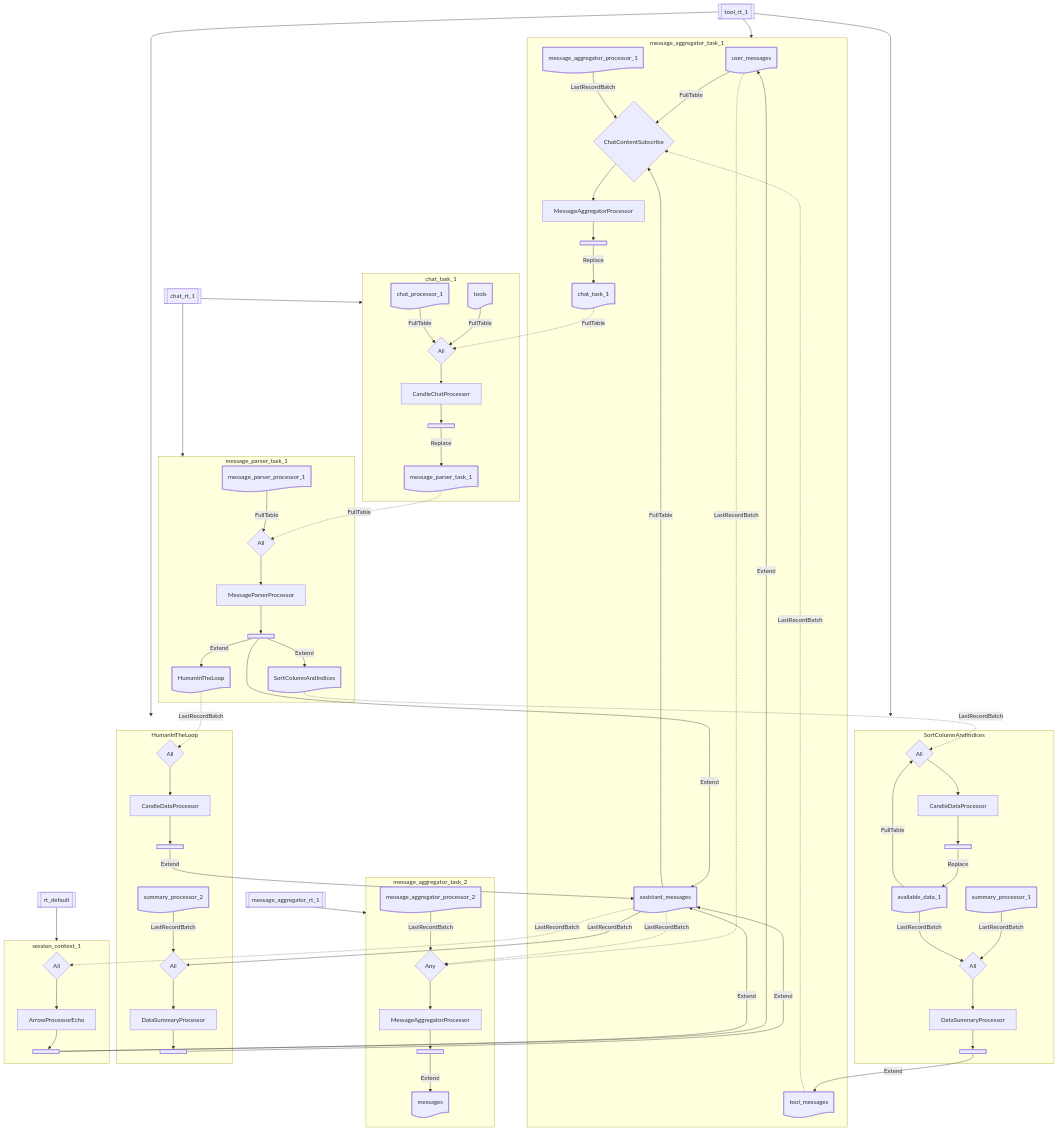
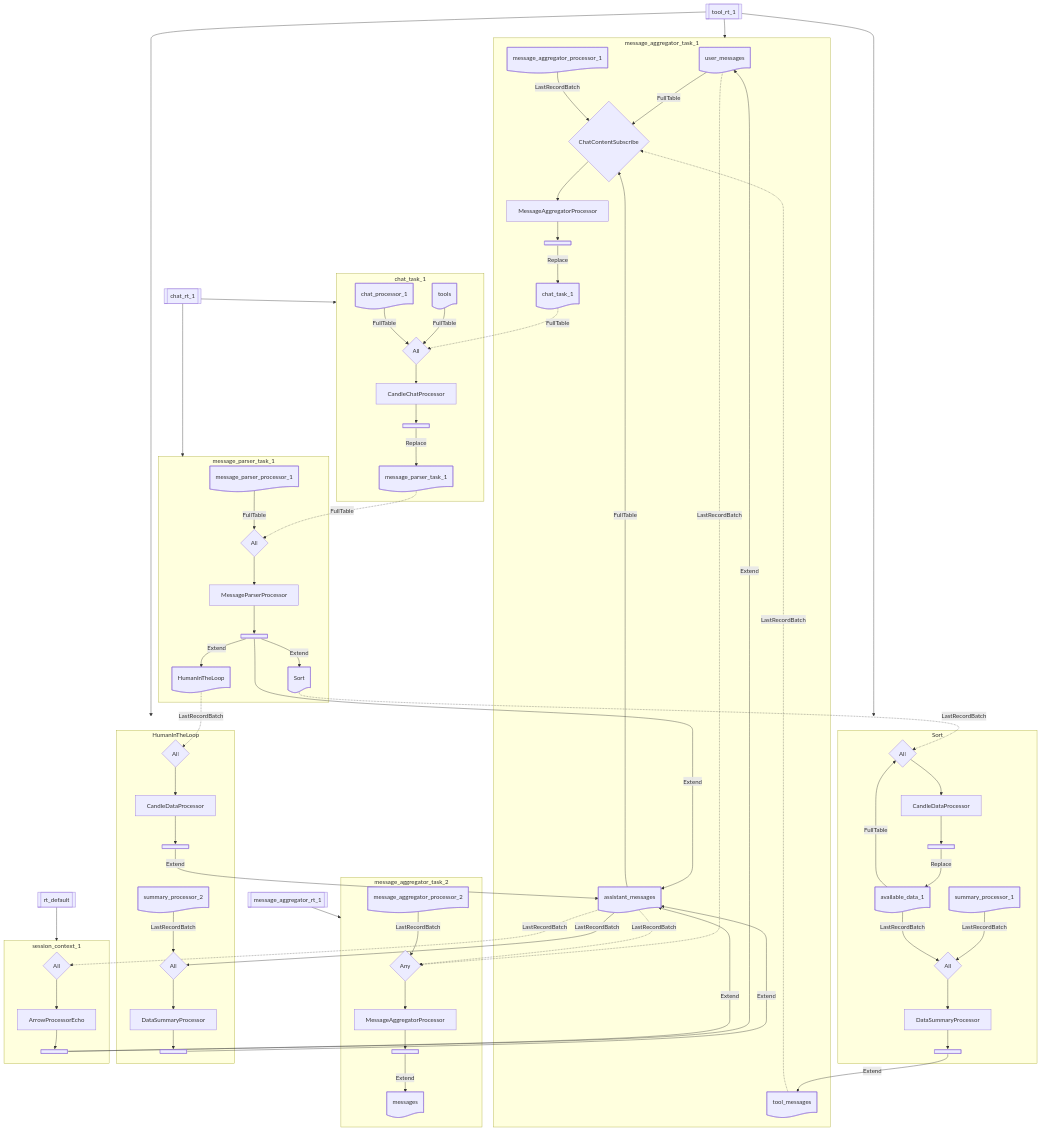
One commit to biom8er/phymes changed the second of 2 diagrams in phymes-book/src/phymes-agents/tool_agent.md. Above: the diagram before and after it, drawn with Mermaid. The commit also changed 50 other files, not shown here.

```diff
--- a/phymes-book/src/phymes-agents/tool_agent.md
+++ b/phymes-book/src/phymes-agents/tool_agent.md
@@ -53,15 +53,15 @@
 		message_parser_processor_1-subscribe-->message_parser_processor_1-processor
 		message_parser_processor_1-processor-->message_parser_processor_1-publish
 		message_parser_processor_1-publish--Extend-->assistant_messages-subject
-		message_parser_processor_1-publish--Extend-->SortColumnAndIndices-subject
+		message_parser_processor_1-publish--Extend-->Sort-subject
 		message_parser_processor_1-publish--Extend-->HumanInTheLoop-subject
 	end
-	subgraph SortColumnAndIndices
-		SortColumnAndIndices-subject-.LastRecordBatch.->SortColumnAndIndices-subscribe
-		available_data_1-subject--FullTable-->SortColumnAndIndices-subscribe
-		SortColumnAndIndices-subscribe-->SortColumnAndIndices-processor
-		SortColumnAndIndices-processor-->SortColumnAndIndices-publish
-		SortColumnAndIndices-publish--Replace-->available_data_1-subject
+	subgraph Sort
+		Sort-subject-.LastRecordBatch.->Sort-subscribe
+		available_data_1-subject--FullTable-->Sort-subscribe
+		Sort-subscribe-->Sort-processor
+		Sort-processor-->Sort-publish
+		Sort-publish--Replace-->available_data_1-subject
 		summary_processor_1-subject--LastRecordBatch-->summary_processor_1-subscribe
 		available_data_1-subject--LastRecordBatch-->summary_processor_1-subscribe
 		summary_processor_1-subscribe-->summary_processor_1-processor
@@ -90,14 +90,14 @@
 	message_aggregator_rt_1-rt-->message_aggregator_task_2
 	chat_rt_1-rt-->chat_task_1
 	chat_rt_1-rt-->message_parser_task_1
-	tool_rt_1-rt-->SortColumnAndIndices
+	tool_rt_1-rt-->Sort
 	tool_rt_1-rt-->HumanInTheLoop
 	rt_default-rt-->session_context_1
 	message_aggregator_processor_1-processor@{shape: rect, label: MessageAggregatorProcessor}
 	message_aggregator_processor_2-processor@{shape: rect, label: MessageAggregatorProcessor}
 	chat_processor_1-processor@{shape: rect, label: CandleChatProcessor}
 	message_parser_processor_1-processor@{shape: rect, label: MessageParserProcessor}
-	SortColumnAndIndices-processor@{shape: rect, label: CandleDataProcessor}
+	Sort-processor@{shape: rect, label: CandleDataProcessor}
 	HumanInTheLoop-processor@{shape: rect, label: CandleDataProcessor}
 	summary_processor_1-processor@{shape: rect, label: DataSummaryProcessor}
 	summary_processor_2-processor@{shape: rect, label: DataSummaryProcessor}
@@ -107,7 +107,7 @@
 	rt_default-rt@{shape: subproc, label: rt_default}
 	tool_rt_1-rt@{shape: subproc, label: tool_rt_1}
 	HumanInTheLoop-subject@{shape: doc, label: HumanInTheLoop}
-	SortColumnAndIndices-subject@{shape: doc, label: SortColumnAndIndices}
+	Sort-subject@{shape: doc, label: Sort}
 	assistant_messages-subject@{shape: doc, label: assistant_messages}
 	available_data_1-subject@{shape: doc, label: available_data_1}
 	chat_processor_1-subject@{shape: doc, label: chat_processor_1}
@@ -123,7 +123,7 @@
 	tools-subject@{shape: doc, label: tools}
 	user_messages-subject@{shape: doc, label: user_messages}
 	HumanInTheLoop-publish@{shape: fork}
-	SortColumnAndIndices-publish@{shape: fork}
+	Sort-publish@{shape: fork}
 	chat_processor_1-publish@{shape: fork}
 	message_aggregator_processor_1-publish@{shape: fork}
 	message_aggregator_processor_2-publish@{shape: fork}
@@ -132,7 +132,7 @@
 	summary_processor_1-publish@{shape: fork}
 	summary_processor_2-publish@{shape: fork}
 	HumanInTheLoop-subscribe@{shape: diamond, label: All}
-	SortColumnAndIndices-subscribe@{shape: diamond, label: All}
+	Sort-subscribe@{shape: diamond, label: All}
 	chat_processor_1-subscribe@{shape: diamond, label: All}
 	message_aggregator_processor_1-subscribe@{shape: diamond, label: ChatContentSubscribe}
 	message_aggregator_processor_2-subscribe@{shape: diamond, label: Any}
```
